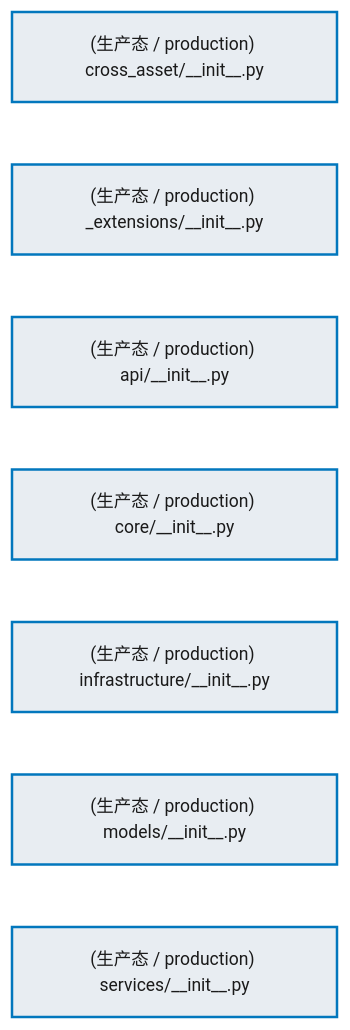
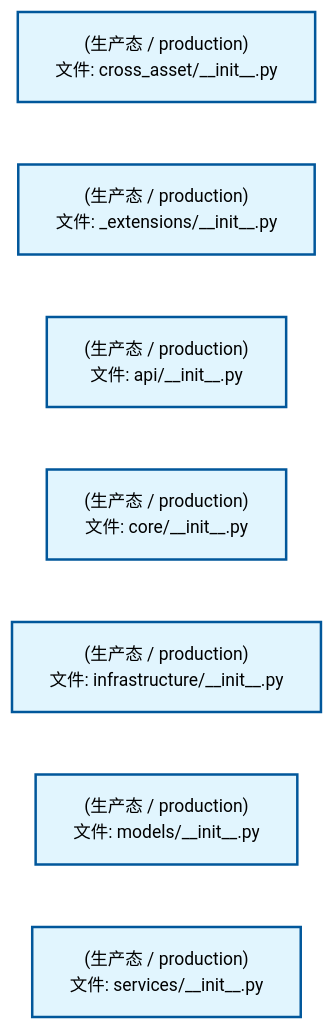
Before and after one commit to xuanFelixVan/ZephyrAlpha: the second of 2 diagrams in docs/02_enterprise_architecture/02_domain_architecture_docs/40_d_cross_asset.md, drawn with Mermaid. The commit also changed other lines of this file and 75 other files, not shown here.

````diff
--- a/docs/02_enterprise_architecture/02_domain_architecture_docs/40_d_cross_asset.md
+++ b/docs/02_enterprise_architecture/02_domain_architecture_docs/40_d_cross_asset.md
@@ -96,22 +96,22 @@
 ```mermaid
 %%{init: {'theme': 'base', 'themeVariables': {'primaryColor': '#eaeaea', 'primaryTextColor': '#333333', 'primaryBorderColor': '#666666', 'lineColor': '#666666', 'secondaryColor': '#eaeaea', 'tertiaryColor': '#eaeaea', 'fontSize': '14px'}}}%%
 flowchart TD
-    src_zephyr_cross_asset_init_py["(生产态 / production) cross_asset/__init__.py"]
-    src_zephyr_cross_asset_extensions_init_py["(生产态 / production) _extensions/__init__.py"]
-    src_zephyr_cross_asset_api_init_py["(生产态 / production) api/__init__.py"]
-    src_zephyr_cross_asset_core_init_py["(生产态 / production) core/__init__.py"]
-    src_zephyr_cross_asset_infrastructure_init_py["(生产态 / production) infrastructure/__init__.py"]
-    src_zephyr_cross_asset_models_init_py["(生产态 / production) models/__init__.py"]
-    src_zephyr_cross_asset_services_init_py["(生产态 / production) services/__init__.py"]
+    src_zephyr_cross_asset_init_py["(生产态 / production)<br/>文件: cross_asset/__init__.py"]
+    src_zephyr_cross_asset_extensions_init_py["(生产态 / production)<br/>文件: _extensions/__init__.py"]
+    src_zephyr_cross_asset_api_init_py["(生产态 / production)<br/>文件: api/__init__.py"]
+    src_zephyr_cross_asset_core_init_py["(生产态 / production)<br/>文件: core/__init__.py"]
+    src_zephyr_cross_asset_infrastructure_init_py["(生产态 / production)<br/>文件: infrastructure/__init__.py"]
+    src_zephyr_cross_asset_models_init_py["(生产态 / production)<br/>文件: models/__init__.py"]
+    src_zephyr_cross_asset_services_init_py["(生产态 / production)<br/>文件: services/__init__.py"]
     src_zephyr_cross_asset_init_py ~~~ src_zephyr_cross_asset_extensions_init_py
     src_zephyr_cross_asset_extensions_init_py ~~~ src_zephyr_cross_asset_api_init_py
     src_zephyr_cross_asset_api_init_py ~~~ src_zephyr_cross_asset_core_init_py
     src_zephyr_cross_asset_core_init_py ~~~ src_zephyr_cross_asset_infrastructure_init_py
     src_zephyr_cross_asset_infrastructure_init_py ~~~ src_zephyr_cross_asset_models_init_py
     src_zephyr_cross_asset_models_init_py ~~~ src_zephyr_cross_asset_services_init_py
-    classDef production fill:#e8edf2,stroke:#0277bd,stroke-width:2px,color:#1a1a1a
-    classDef design fill:#f0ebe3,stroke:#bf360c,stroke-width:2px,color:#1a1a1a,stroke-dasharray: 5 5
-    classDef external_prod fill:#e8efe9,stroke:#1b5e20,stroke-width:1px,color:#1a1a1a
-    classDef external_design fill:#efe5ea,stroke:#880e4f,stroke-width:1px,color:#1a1a1a,stroke-dasharray: 5 5
+    classDef production fill:#e1f5fe,stroke:#01579b,stroke-width:2px,color:#000
+    classDef design fill:#fff3e0,stroke:#e65100,stroke-width:2px,color:#000,stroke-dasharray: 5 5
+    classDef external_prod fill:#e8f4fd,stroke:#0277bd,stroke-width:1px,color:#000
+    classDef external_design fill:#fff8e7,stroke:#ef6c00,stroke-width:1px,color:#000,stroke-dasharray: 5 5
     class src_zephyr_cross_asset_init_py,src_zephyr_cross_asset_extensions_init_py,src_zephyr_cross_asset_api_init_py,src_zephyr_cross_asset_core_init_py,src_zephyr_cross_asset_infrastructure_init_py,src_zephyr_cross_asset_models_init_py,src_zephyr_cross_asset_services_init_py production
 ```
````
